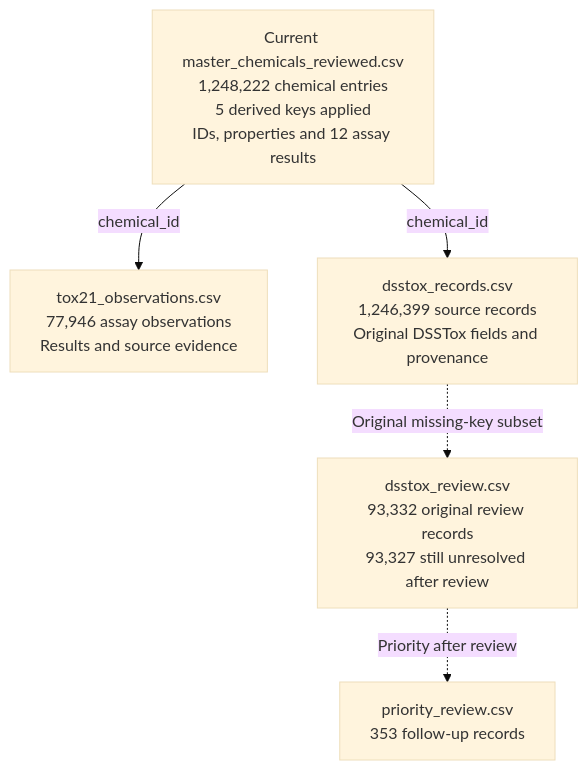
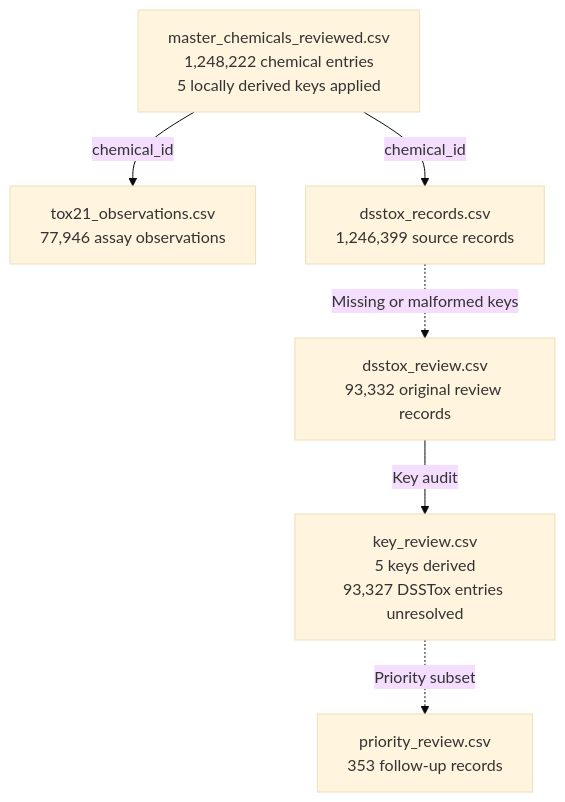
Before and after one commit to amiruzzaman/ncem-toxicity: the diagram in README.md, drawn with Mermaid (base theme). The commit also changed other lines of this file, not shown here.

````diff
--- a/README.md
+++ b/README.md
@@ -27,13 +27,15 @@
 ```mermaid
 flowchart TD
-    M["Current master_chemicals_reviewed.csv<br/>1,248,222 chemical entries<br/>5 derived keys applied<br/>IDs, properties and 12 assay results"]
-    O["tox21_observations.csv<br/>77,946 assay observations<br/>Results and source evidence"]
-    D["dsstox_records.csv<br/>1,246,399 source records<br/>Original DSSTox fields and provenance"]
-    R["dsstox_review.csv<br/>93,332 original review records<br/>93,327 still unresolved after review"]
+    M["master_chemicals_reviewed.csv<br/>1,248,222 chemical entries<br/>5 locally derived keys applied"]
+    O["tox21_observations.csv<br/>77,946 assay observations"]
+    D["dsstox_records.csv<br/>1,246,399 source records"]
+    R["dsstox_review.csv<br/>93,332 original review records"]
+    K["key_review.csv<br/>5 keys derived<br/>93,327 DSSTox entries unresolved"]
     P["priority_review.csv<br/>353 follow-up records"]
 
     M -->|chemical_id| O
     M -->|chemical_id| D
-    D -.->|Original missing-key subset| R
-    R -.->|Priority after review| P
+    D -.->|Missing or malformed keys| R
+    R -->|Key audit| K
+    K -.->|Priority subset| P
 ```
````
